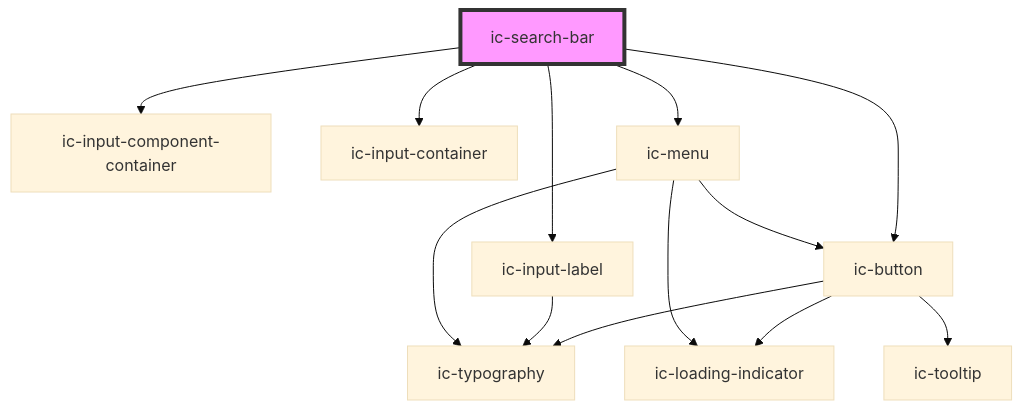
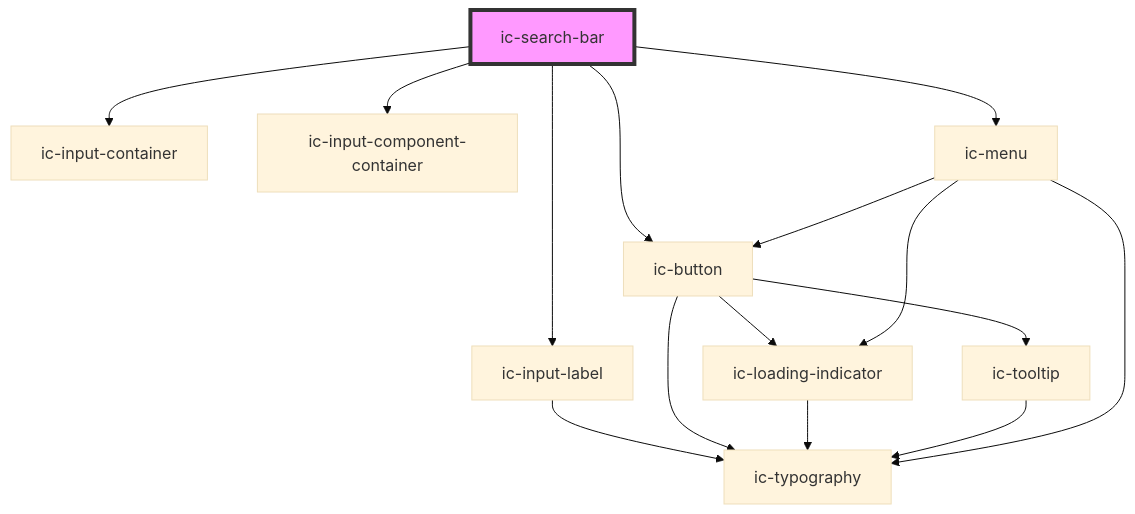
Before and after one commit to mi6/ic-ui-kit: the diagram in packages/web-components/src/components/ic-search-bar/readme.md, drawn with Mermaid (base theme). The commit also changed other lines of this file and 134 other files, not shown here.

````diff
--- a/packages/web-components/src/components/ic-search-bar/readme.md
+++ b/packages/web-components/src/components/ic-search-bar/readme.md
@@ -101,16 +100,18 @@
 ```mermaid
 graph TD;
-  ic-search-bar --> ic-button
-  ic-search-bar --> ic-input-component-container
   ic-search-bar --> ic-input-container
   ic-search-bar --> ic-input-label
+  ic-search-bar --> ic-input-component-container
+  ic-search-bar --> ic-button
   ic-search-bar --> ic-menu
+  ic-input-label --> ic-typography
   ic-button --> ic-typography
   ic-button --> ic-loading-indicator
   ic-button --> ic-tooltip
-  ic-input-label --> ic-typography
+  ic-loading-indicator --> ic-typography
+  ic-tooltip --> ic-typography
   ic-menu --> ic-loading-indicator
   ic-menu --> ic-typography
   ic-menu --> ic-button
   style ic-search-bar fill:#f9f,stroke:#333,stroke-width:4px
 ```
````
